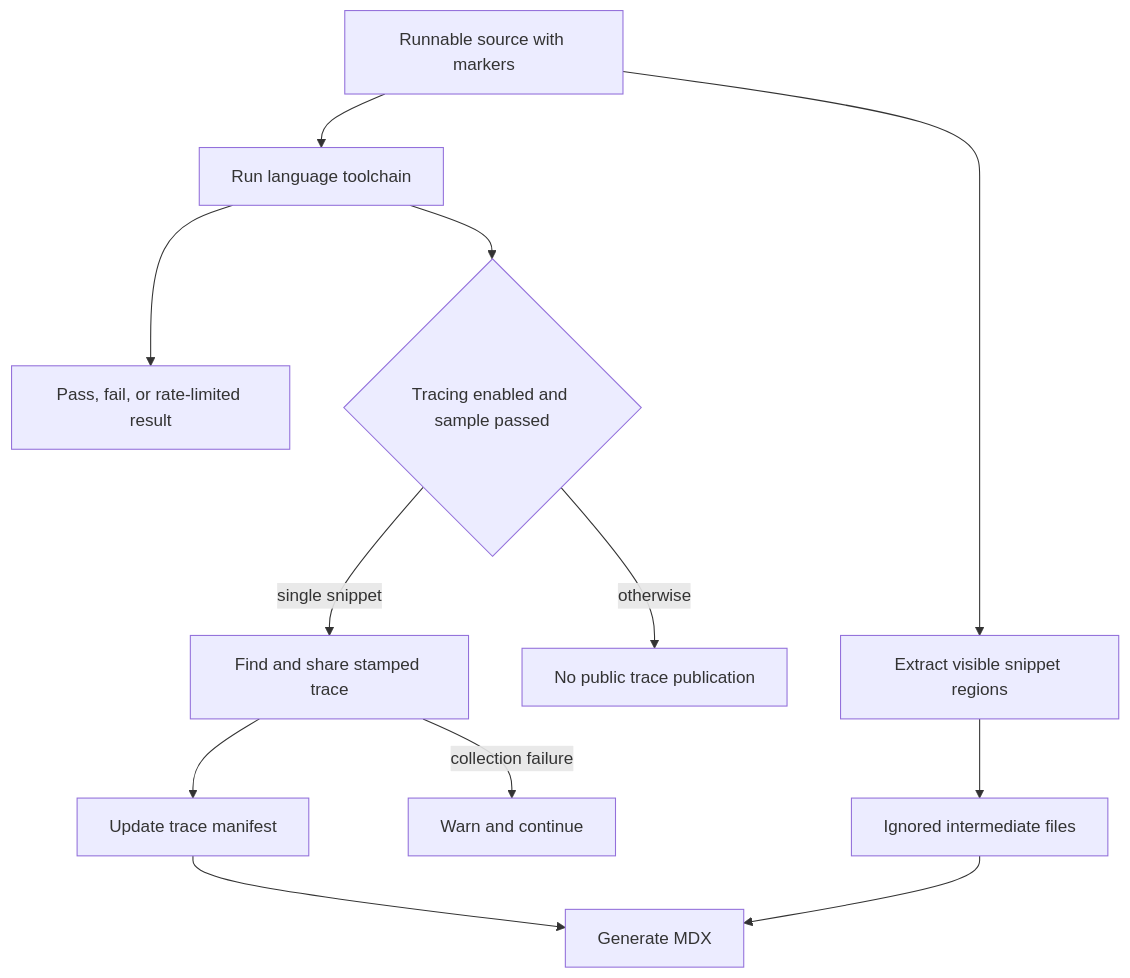
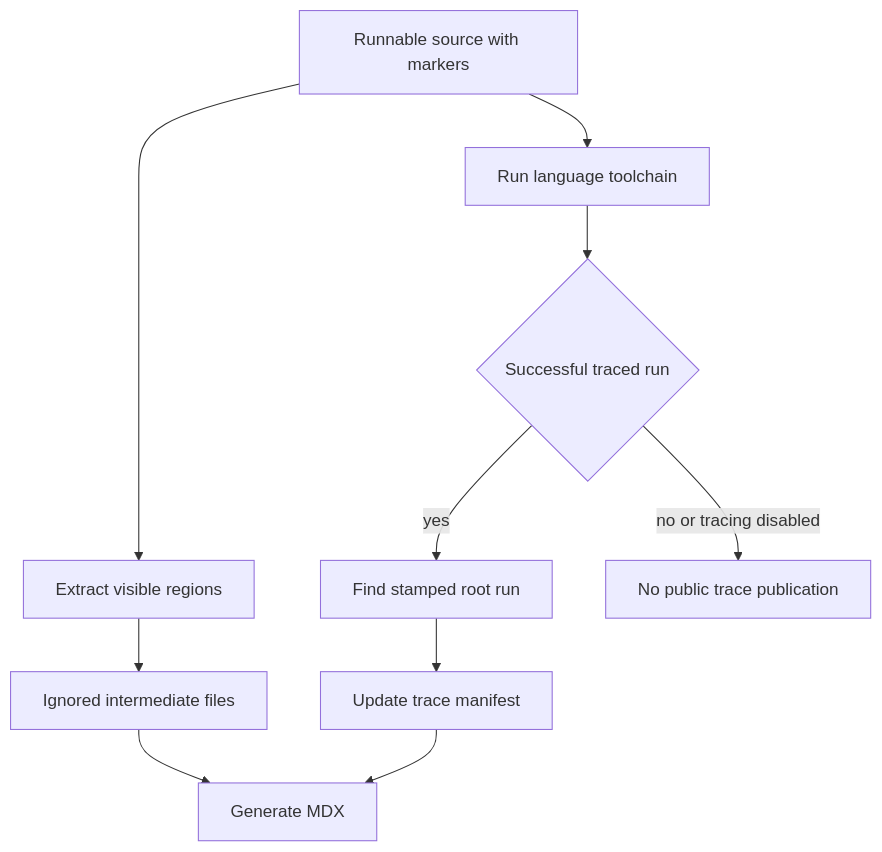
Before and after one commit to rishi-raj-jain/docs-1: the first of 2 diagrams in openwiki/workflows/code-sample-lifecycle.md, drawn with Mermaid. The commit also changed other lines of this file and 50 other files, not shown here.

````diff
--- a/openwiki/workflows/code-sample-lifecycle.md
+++ b/openwiki/workflows/code-sample-lifecycle.md
@@ -53,14 +53,12 @@
 ```mermaid
 flowchart TD
   Source["Runnable source with markers"] --> Validate["Run language toolchain"]
-  Validate --> Result["Pass, fail, or rate-limited result"]
-  Source --> Extract["Extract visible snippet regions"]
+  Source --> Extract["Extract visible regions"]
   Extract --> Intermediate["Ignored intermediate files"]
   Intermediate --> Render["Generate MDX"]
-  Validate --> TraceGate{"Tracing enabled and sample passed"}
-  TraceGate -->|"single snippet"| Collect["Find and share stamped trace"]
+  Validate --> Result{"Successful traced run"}
+  Result -->|"yes"| Collect["Find stamped root run"]
   Collect --> Manifest["Update trace manifest"]
   Manifest --> Render
-  TraceGate -->|"otherwise"| NoPublish["No public trace publication"]
-  Collect -->|"collection failure"| Warn["Warn and continue"]
+  Result -->|"no or tracing disabled"| NoPublish["No public trace publication"]
 ```
````
